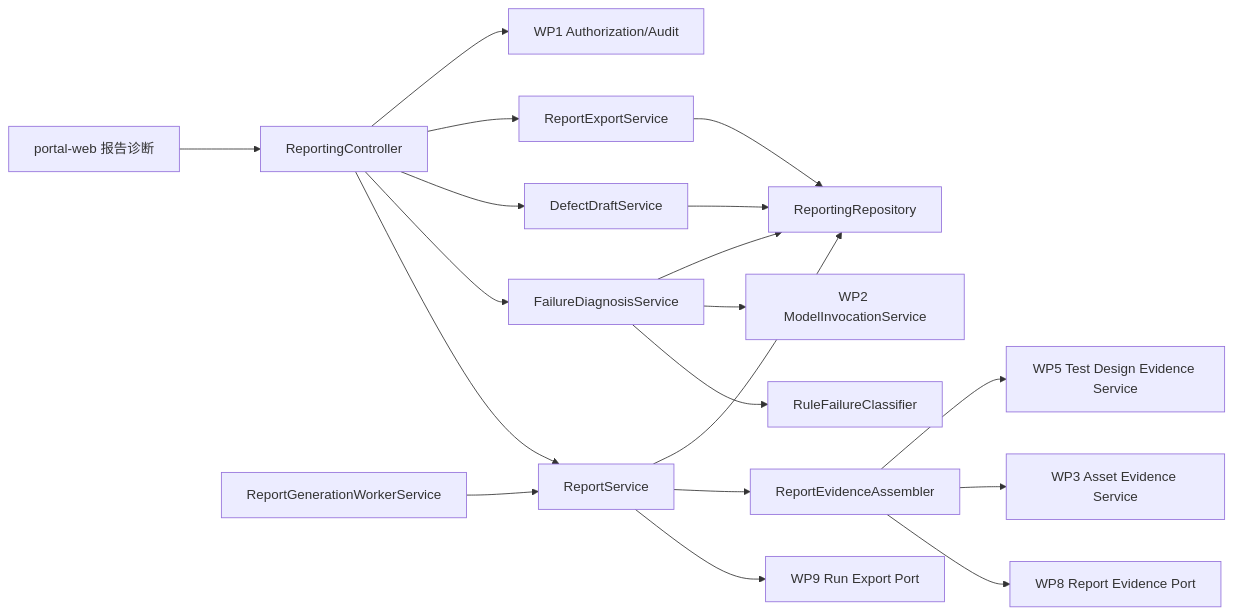
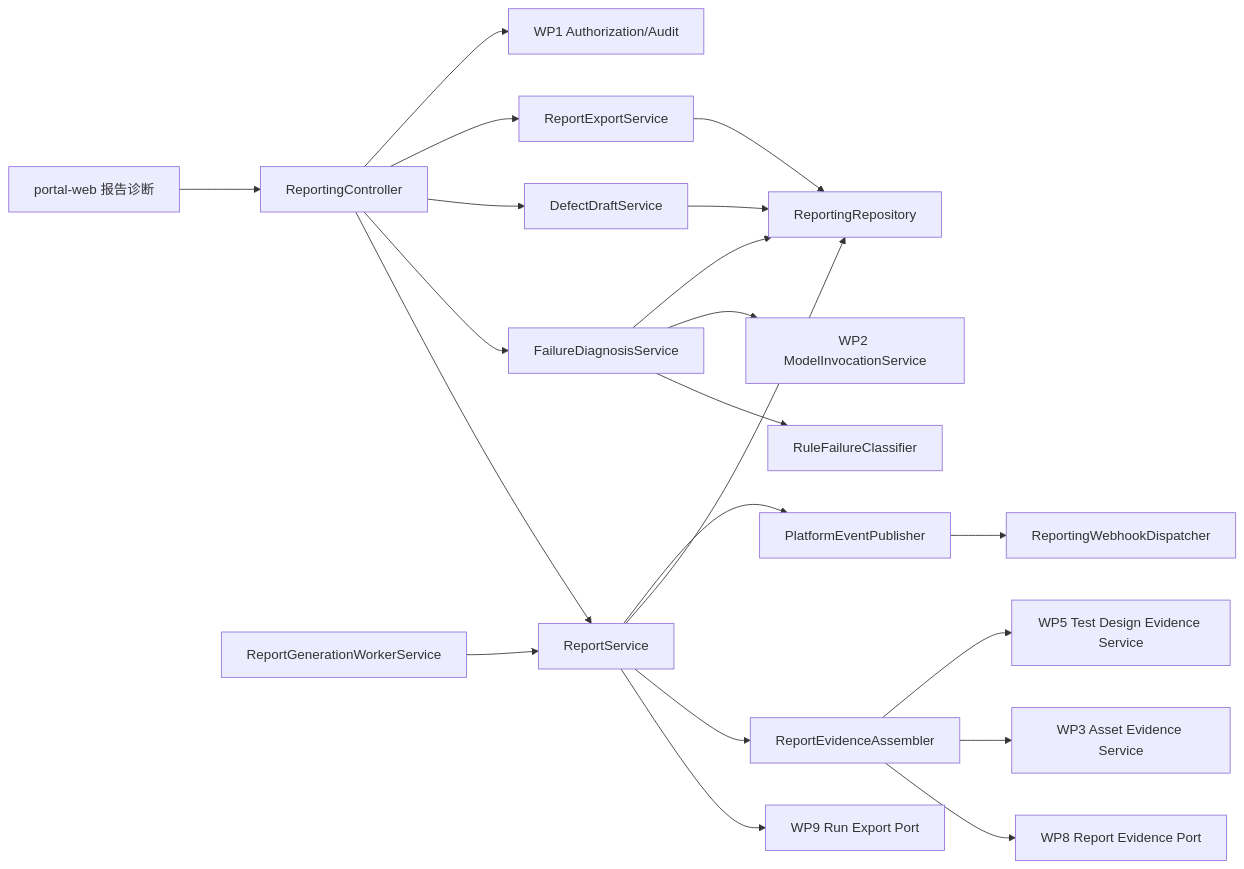
One commit to Sunhg2017/veri-agent changed the diagram in doc/mvp/final/engineering/WP10-报告与失败诊断-技术设计与接口契约.md. Above: the diagram before and after it, drawn with Mermaid. The commit also changed other lines of this file and 20 other files, not shown here.

Commit message:
wp10: add report completion webhook callback

````diff
--- a/doc/mvp/final/engineering/WP10-报告与失败诊断-技术设计与接口契约.md
+++ b/doc/mvp/final/engineering/WP10-报告与失败诊断-技术设计与接口契约.md
@@ -25,21 +25,23 @@
 ```mermaid
 flowchart LR
     UI["portal-web 报告诊断"] --> API["ReportingController"]
     API --> REPORT["ReportService"]
     WORKER["ReportGenerationWorkerService"] --> REPORT
     API --> DIAG["FailureDiagnosisService"]
     API --> DRAFT["DefectDraftService"]
     API --> EXPORT["ReportExportService"]
     REPORT --> WP9["WP9 Run Export Port"]
     REPORT --> EVIDENCE["ReportEvidenceAssembler"]
     EVIDENCE --> WP8["WP8 Report Evidence Port"]
     EVIDENCE --> WP3["WP3 Asset Evidence Service"]
     EVIDENCE --> WP5["WP5 Test Design Evidence Service"]
     DIAG --> CLASSIFIER["RuleFailureClassifier"]
     DIAG --> WP2["WP2 ModelInvocationService"]
     REPORT --> REPO["ReportingRepository"]
     DIAG --> REPO
     DRAFT --> REPO
     EXPORT --> REPO
+    REPORT --> EVENT["PlatformEventPublisher"]
+    EVENT --> WEBHOOK["ReportingWebhookDispatcher"]
     API --> AUTH["WP1 Authorization/Audit"]
 ```
````
